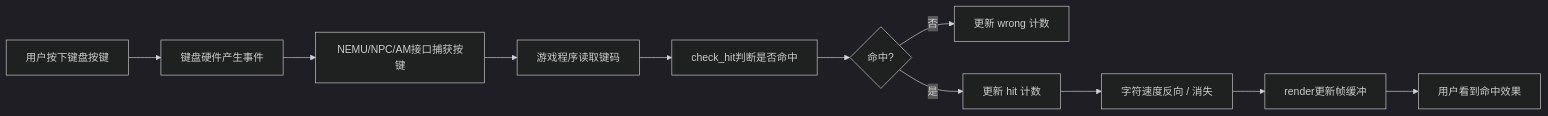
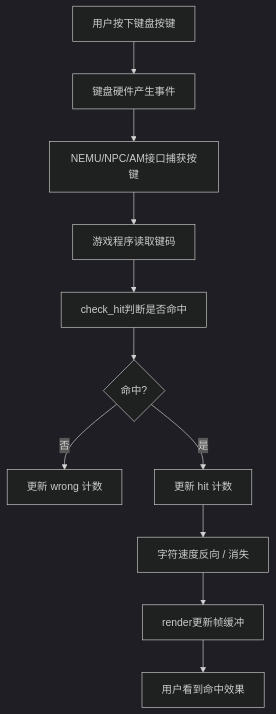
The second of 2 diagrams in README.md (MoonGrt/YSYX), drawn with Mermaid (dark theme) before and after one commit. The commit also changed other lines of this file, not shown here.

````diff
--- a/README.md
+++ b/README.md
@@ -295,14 +295,14 @@
 ```mermaid
 %% 用户视角：从按键到命中
-flowchart LR
+flowchart TD
   A[用户按下键盘按键] --> B[键盘硬件产生事件]
   B --> C[NEMU/NPC/AM接口捕获按键]
   C --> D[游戏程序读取键码]
   D --> E[check_hit判断是否命中]
   E --> F{命中?}
   F -- 否 --> H[更新 wrong 计数]
   F -- 是 --> G[更新 hit 计数]
   G --> I[字符速度反向 / 消失]
   I --> K[render更新帧缓冲]
   K --> L[用户看到命中效果]
 ```
````
